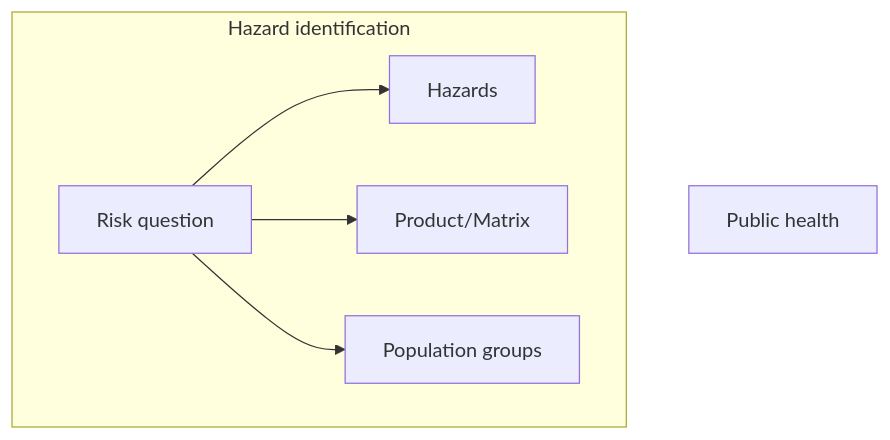
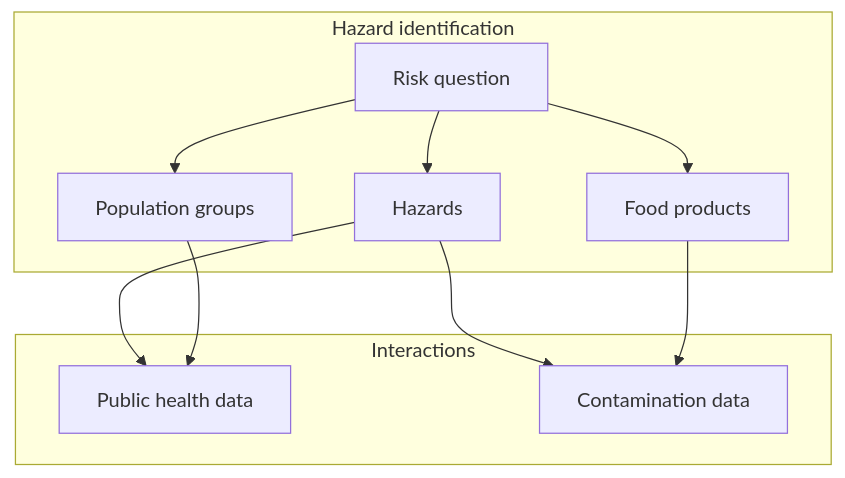
The diagram in hazard_identification.qmd (lguillier/CARE-GuideQMRA-1), drawn with Mermaid before and after one commit.

````diff
--- a/hazard_identification.qmd
+++ b/hazard_identification.qmd
@@ -15,30 +15,30 @@
 ```{mermaid}
 %%| label: fig-hazard_id
 %%| echo: false
 %%| fig-cap: "Components of hazard identification"
 
 graph TD
 
 Q[Risk question]
-
+PM[Food products]
+P[Population groups]
 H[Hazards]
 
-PM[Product/Matrix]
+PH[Public health data]
 
-P[Population groups]
-
-PH[Public health]
+C[Contamination data]
 
 subgraph Hazard identification
+Q-->PM
+Q-->H
+Q-->P
+end
 
-Q-->H
-
-Q-->PM
-
-Q-->P
-
-
-
+subgraph Interactions
+H-->PH
+P-->PH
+H-->C
+PM-->C
 end
 
 ```
````
